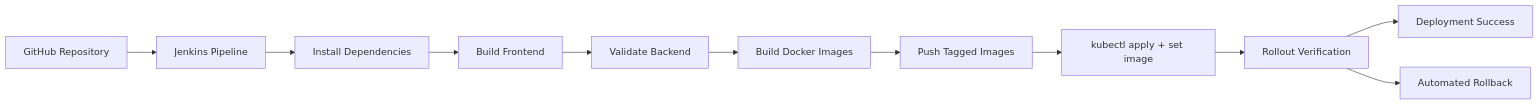
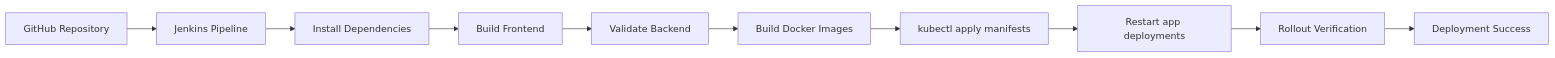
Before and after one commit to RishiSharma45/smart-water-monitoring-platform: the third of 6 diagrams in docs/architecture.md, drawn with Mermaid. The commit also changed other lines of this file and 7 other files, not shown here.

````diff
--- a/docs/architecture.md
+++ b/docs/architecture.md
@@ -92,13 +92,12 @@
 ```mermaid
 flowchart LR
     Git["GitHub Repository"] --> Jenkins["Jenkins Pipeline"]
     Jenkins --> Install["Install Dependencies"]
     Install --> Build["Build Frontend"]
     Build --> Validate["Validate Backend"]
     Validate --> Images["Build Docker Images"]
-    Images --> Push["Push Tagged Images"]
-    Push --> Deploy["kubectl apply + set image"]
-    Deploy --> Verify["Rollout Verification"]
+    Images --> Deploy["kubectl apply manifests"]
+    Deploy --> Restart["Restart app deployments"]
+    Restart --> Verify["Rollout Verification"]
     Verify --> Success["Deployment Success"]
-    Verify --> Rollback["Automated Rollback"]
 ```
````
